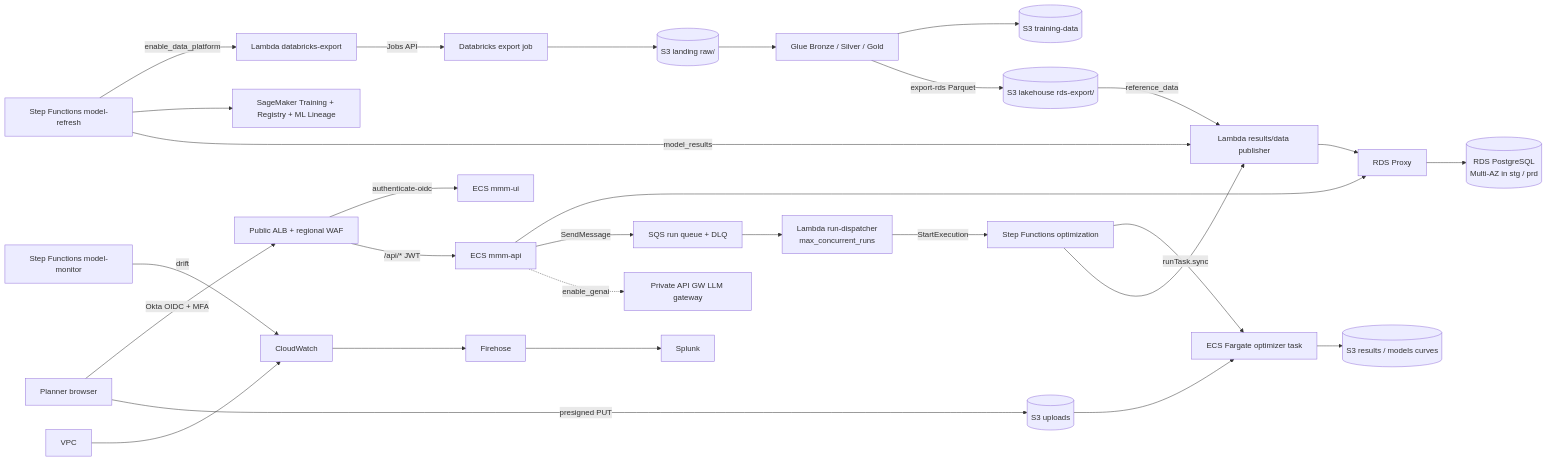
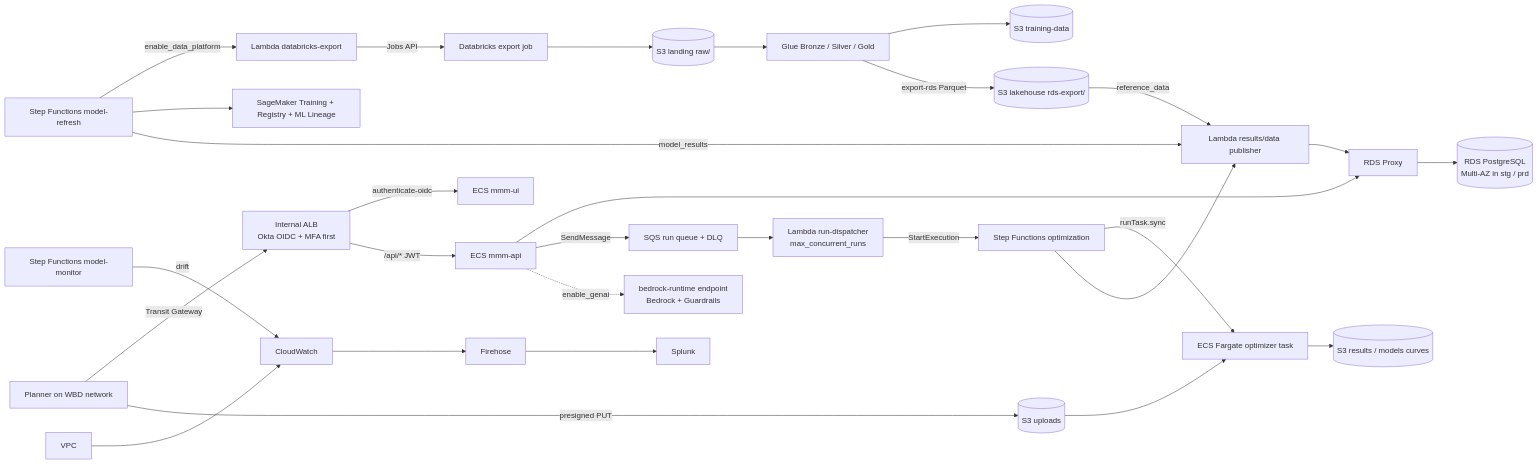
The diagram in README.md (Yashwanth-wbd/wbd-aws-devops), drawn with Mermaid before and after one commit. The commit also changed other lines of this file and 93 other files, not shown here.

First line of the commit message:
Implement requirement 6 (WBD_MMM_Architecture_6): internal ALB, no WAF/Route 53/API Gateway, Bedrock (Anthropic default)

````diff
--- a/README.md
+++ b/README.md
@@ -39,28 +39,28 @@
 ```mermaid
 flowchart LR
-  user[Planner browser] -->|Okta OIDC + MFA| alb[Public ALB + regional WAF]
+  user[Planner on WBD network] -->|Transit Gateway| alb[Internal ALB<br/>Okta OIDC + MFA first]
   alb -->|authenticate-oidc| ui[ECS mmm-ui]
   alb -->|/api/* JWT| api[ECS mmm-api]
   api --> proxy[RDS Proxy] --> rds[(RDS PostgreSQL<br/>Multi-AZ in stg / prd)]
   api -->|SendMessage| sqs[SQS run queue + DLQ]
   sqs --> disp[Lambda run-dispatcher<br/>max_concurrent_runs]
   disp -->|StartExecution| sfn[Step Functions optimization]
   user -->|presigned PUT| up[(S3 uploads)]
   sfn -->|runTask.sync| opt[ECS Fargate optimizer task]
   up --> opt
   opt --> s3res[(S3 results / models curves)]
   sfn --> pub[Lambda results/data publisher]
   pub --> proxy
   refresh[Step Functions model-refresh] -->|enable_data_platform| exp[Lambda databricks-export]
   exp -->|Jobs API| dbx[Databricks export job]
   dbx --> land[(S3 landing raw/)]
   land --> glue[Glue Bronze / Silver / Gold]
   glue --> td[(S3 training-data)]
   glue -->|export-rds Parquet| rx[(S3 lakehouse rds-export/)]
   rx -->|reference_data| pub
   refresh --> train[SageMaker Training + Registry + ML Lineage]
   refresh -->|model_results| pub
   monitor[Step Functions model-monitor] -->|drift| cw
   vpc[VPC] --> cw[CloudWatch] --> fh[Firehose] --> splunk[Splunk]
-  api -. enable_genai .-> llm[Private API GW LLM gateway]
+  api -. enable_genai .-> llm[bedrock-runtime endpoint<br/>Bedrock + Guardrails]
 ```
````
